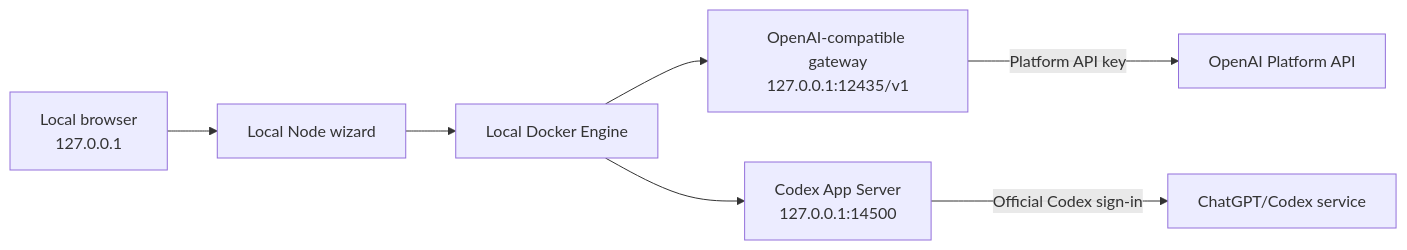
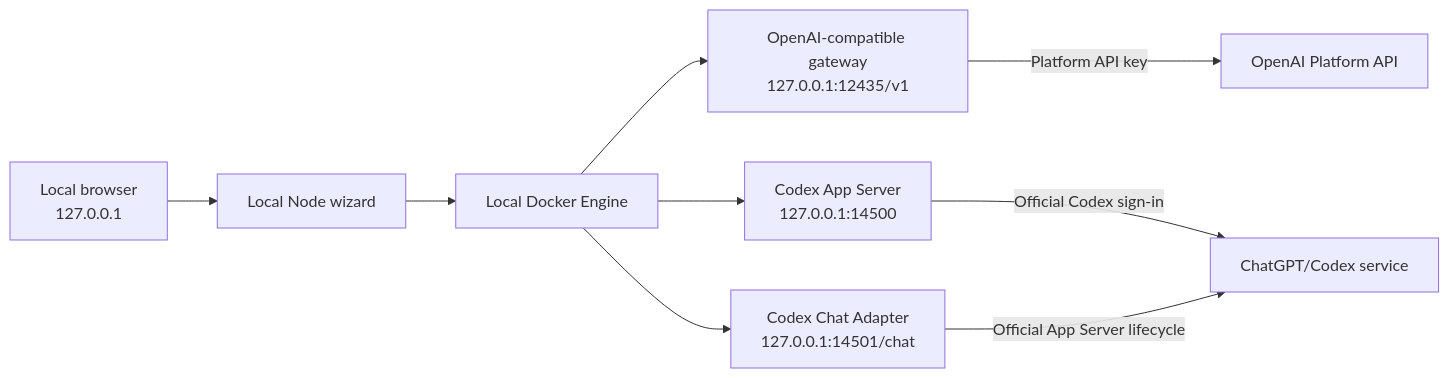
One commit to Demonbane18/relmio changed the second of 2 diagrams in docs/architecture.md. Above: the diagram before and after it, drawn with Mermaid. The commit also changed other lines of this file and 21 other files, not shown here.

Commit message:
feat: add local Codex Chat adapter

````diff
--- a/docs/architecture.md
+++ b/docs/architecture.md
@@ -26,9 +26,11 @@
 ```mermaid
 flowchart LR
   B["Local browser<br>127.0.0.1"] --> W["Local Node wizard"]
   W --> D["Local Docker Engine"]
   D --> G["OpenAI-compatible gateway<br>127.0.0.1:12435/v1"]
   D --> A["Codex App Server<br>127.0.0.1:14500"]
+  D --> H["Codex Chat Adapter<br>127.0.0.1:14501/chat"]
   G -->|"Platform API key"| P["OpenAI Platform API"]
   A -->|"Official Codex sign-in"| C["ChatGPT/Codex service"]
+  H -->|"Official App Server lifecycle"| C
 ```
````
